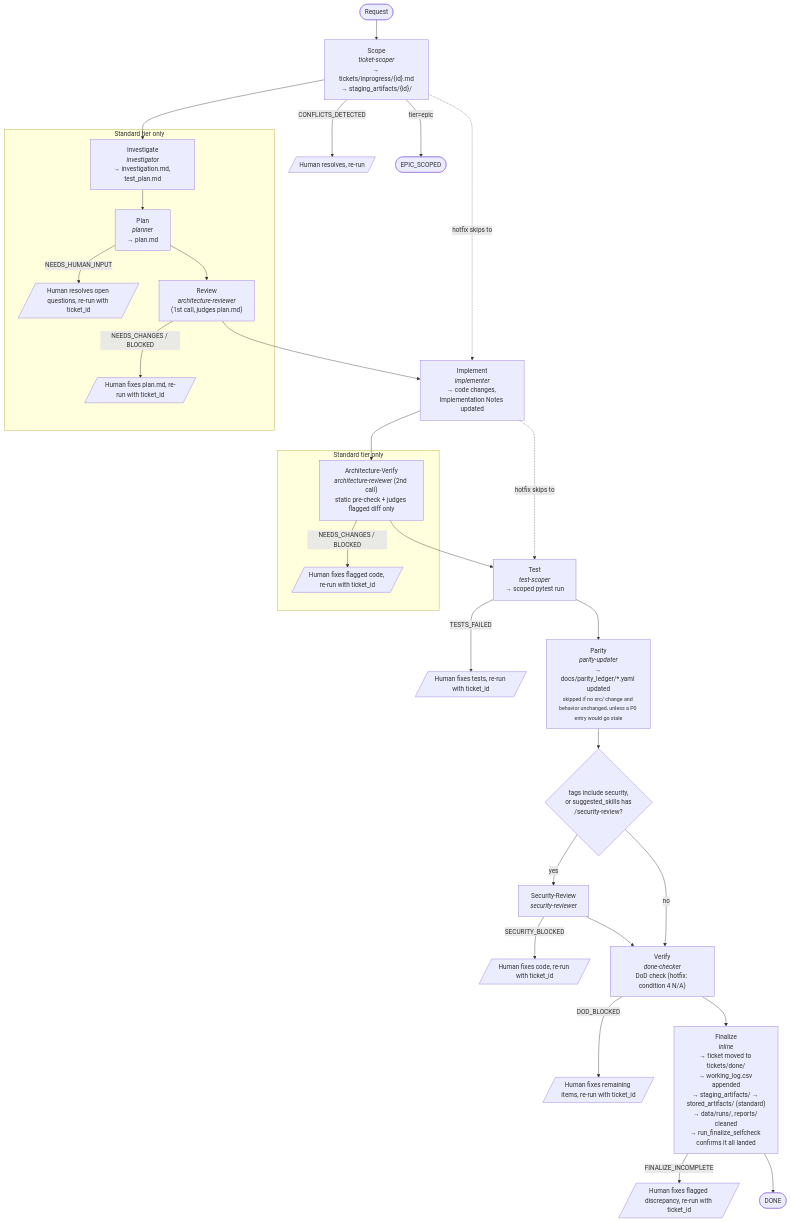
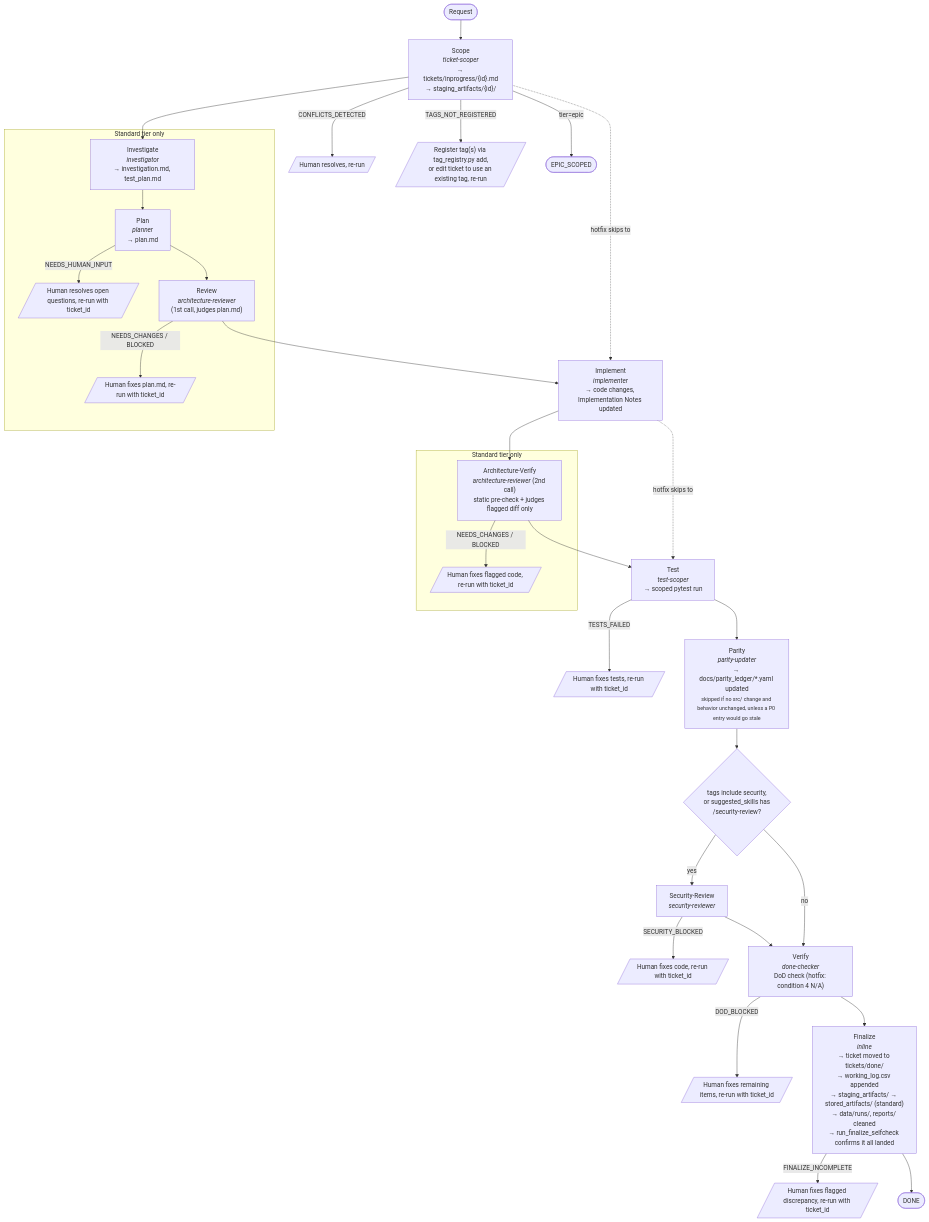
Before and after one commit to ttnhan18062000/rpg-based-simulation: the diagram in docs/ai/ticket-lifecycle.md, drawn with Mermaid. The commit also changed other lines of this file and 35 other files, not shown here.

````diff
--- a/docs/ai/ticket-lifecycle.md
+++ b/docs/ai/ticket-lifecycle.md
@@ -36,50 +36,51 @@
 ```mermaid
 flowchart TD
     Start([Request]) --> Scope
 
     Scope["Scope<br/><i>ticket-scoper</i><br/>→ tickets/inprogress/{id}.md<br/>→ staging_artifacts/{id}/"]
     Scope -- CONFLICTS_DETECTED --> ScopeFix[/"Human resolves, re-run"/]
+    Scope -- TAGS_NOT_REGISTERED --> ScopeTagFix[/"Register tag(s) via tag_registry.py add,<br/>or edit ticket to use an existing tag, re-run"/]
     Scope -- "tier=epic" --> EpicDone(["EPIC_SCOPED"])
     Scope --> Investigate
 
     subgraph StandardOnly ["Standard tier only"]
         Investigate["Investigate<br/><i>investigator</i><br/>→ investigation.md, test_plan.md"] --> Plan
         Plan["Plan<br/><i>planner</i><br/>→ plan.md"]
         Plan -- NEEDS_HUMAN_INPUT --> PlanFix[/"Human resolves open questions, re-run with ticket_id"/]
         Plan --> Review
         Review["Review<br/><i>architecture-reviewer</i><br/>(1st call, judges plan.md)"]
         Review -- "NEEDS_CHANGES / BLOCKED" --> ReviewFix[/"Human fixes plan.md, re-run with ticket_id"/]
     end
 
     Review --> Implement
     Scope -. "hotfix skips to" .-> Implement
 
     Implement["Implement<br/><i>implementer</i><br/>→ code changes, Implementation Notes updated"] --> ArchVerify
 
     subgraph StandardOnly2 ["Standard tier only"]
         ArchVerify["Architecture-Verify<br/><i>architecture-reviewer</i> (2nd call)<br/>static pre-check + judges flagged diff only"]
         ArchVerify -- "NEEDS_CHANGES / BLOCKED" --> ArchVerifyFix[/"Human fixes flagged code, re-run with ticket_id"/]
     end
 
     ArchVerify --> Test
     Implement -. "hotfix skips to" .-> Test
 
     Test["Test<br/><i>test-scoper</i><br/>→ scoped pytest run"]
     Test -- TESTS_FAILED --> TestFix[/"Human fixes tests, re-run with ticket_id"/]
     Test --> Parity
 
     Parity["Parity<br/><i>parity-updater</i><br/>→ docs/parity_ledger/*.yaml updated<br/><small>skipped if no src/ change and behavior unchanged, unless a P0 entry would go stale</small>"] --> SecurityCheck{"tags include security,<br/>or suggested_skills has<br/>/security-review?"}
 
     SecurityCheck -- yes --> Security["Security-Review<br/><i>security-reviewer</i>"]
     Security -- SECURITY_BLOCKED --> SecurityFix[/"Human fixes code, re-run with ticket_id"/]
     Security --> Verify
     SecurityCheck -- no --> Verify
 
     Verify["Verify<br/><i>done-checker</i><br/>DoD check (hotfix: condition 4 N/A)"]
     Verify -- DOD_BLOCKED --> VerifyFix[/"Human fixes remaining items, re-run with ticket_id"/]
     Verify --> Finalize
 
     Finalize["Finalize<br/><i>inline</i><br/>→ ticket moved to tickets/done/<br/>→ working_log.csv appended<br/>→ staging_artifacts/ → stored_artifacts/ (standard)<br/>→ data/runs/, reports/ cleaned<br/>→ run_finalize_selfcheck confirms it all landed"]
     Finalize -- FINALIZE_INCOMPLETE --> FinalizeFix[/"Human fixes flagged discrepancy, re-run with ticket_id"/]
     Finalize --> Done(["DONE"])
 ```
````
